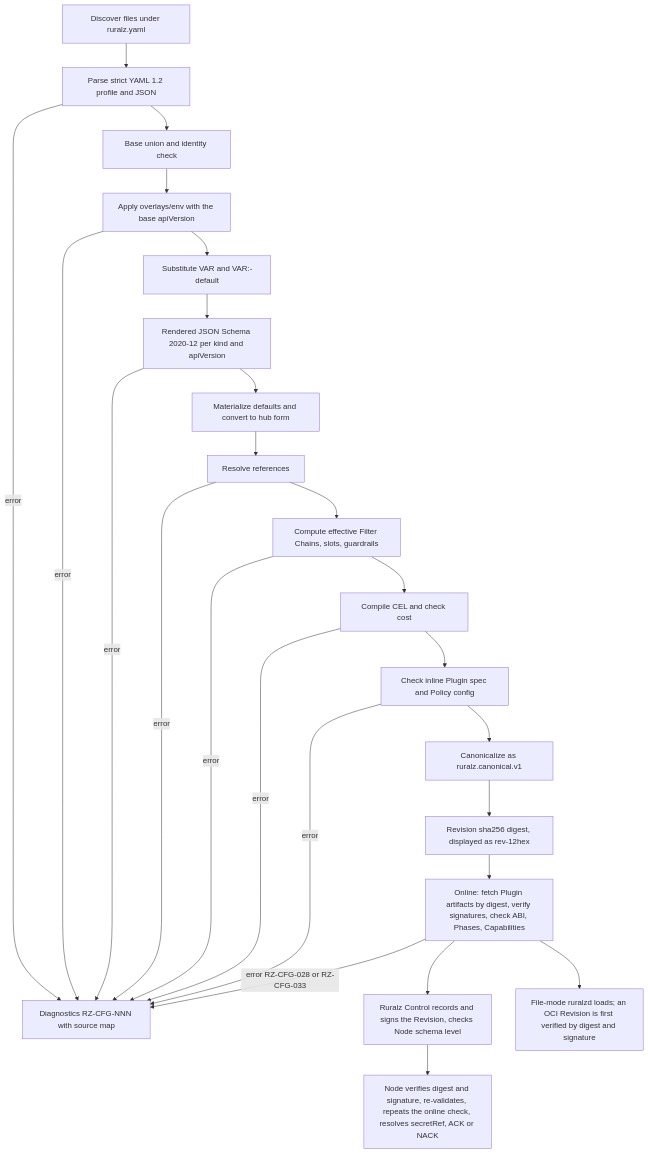
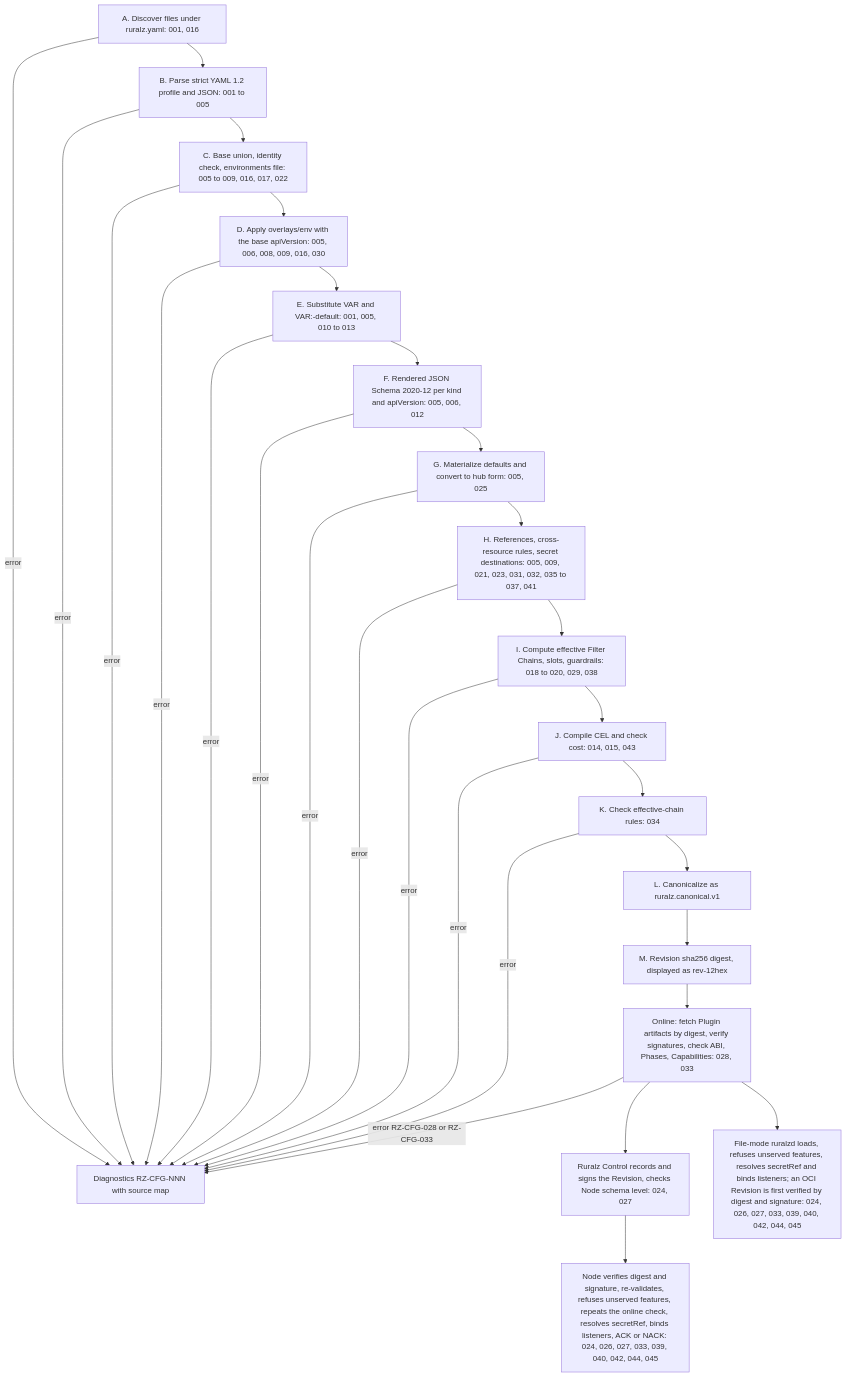
Before and after one commit to ravindu-rev/ruralz: the third of 3 diagrams in docs/architecture/02-configuration-model.md, drawn with Mermaid. The commit also changed other lines of this file and 5552 other files, not shown here.

````diff
--- a/docs/architecture/02-configuration-model.md
+++ b/docs/architecture/02-configuration-model.md
@@ -817,27 +889,31 @@
 ```mermaid
 flowchart TD
-    A["Discover files under ruralz.yaml"] --> B["Parse strict YAML 1.2 profile and JSON"]
-    B --> C["Base union and identity check"]
-    C --> D["Apply overlays/env with the base apiVersion"]
-    D --> E["Substitute VAR and VAR:-default"]
-    E --> F["Rendered JSON Schema 2020-12 per kind and apiVersion"]
-    F --> G["Materialize defaults and convert to hub form"]
-    G --> H["Resolve references"]
-    H --> I["Compute effective Filter Chains, slots, guardrails"]
-    I --> J["Compile CEL and check cost"]
-    J --> K["Check inline Plugin spec and Policy config"]
-    K --> L["Canonicalize as ruralz.canonical.v1"]
-    L --> M["Revision sha256 digest, displayed as rev-12hex"]
-    B -- error --> X["Diagnostics RZ-CFG-NNN with source map"]
+    A["A. Discover files under ruralz.yaml: 001, 016"] --> B["B. Parse strict YAML 1.2 profile and JSON: 001 to 005"]
+    B --> C["C. Base union, identity check, environments file: 005 to 009, 016, 017, 022"]
+    C --> D["D. Apply overlays/env with the base apiVersion: 005, 006, 008, 009, 016, 030"]
+    D --> E["E. Substitute VAR and VAR:-default: 001, 005, 010 to 013"]
+    E --> F["F. Rendered JSON Schema 2020-12 per kind and apiVersion: 005, 006, 012"]
+    F --> G["G. Materialize defaults and convert to hub form: 005, 025"]
+    G --> H["H. References, cross-resource rules, secret destinations: 005, 009, 021, 023, 031, 032, 035 to 037, 041"]
+    H --> I["I. Compute effective Filter Chains, slots, guardrails: 018 to 020, 029, 038"]
+    I --> J["J. Compile CEL and check cost: 014, 015, 043"]
+    J --> K["K. Check effective-chain rules: 034"]
+    K --> L["L. Canonicalize as ruralz.canonical.v1"]
+    L --> M["M. Revision sha256 digest, displayed as rev-12hex"]
+    A -- error --> X["Diagnostics RZ-CFG-NNN with source map"]
+    B -- error --> X
+    C -- error --> X
     D -- error --> X
+    E -- error --> X
     F -- error --> X
+    G -- error --> X
     H -- error --> X
     I -- error --> X
     J -- error --> X
     K -- error --> X
-    M --> Q["Online: fetch Plugin artifacts by digest, verify signatures, check ABI, Phases, Capabilities"]
+    M --> Q["Online: fetch Plugin artifacts by digest, verify signatures, check ABI, Phases, Capabilities: 028, 033"]
     Q -- "error RZ-CFG-028 or RZ-CFG-033" --> X
-    Q --> N["Ruralz Control records and signs the Revision, checks Node schema level"]
-    Q --> O["File-mode ruralzd loads; an OCI Revision is first verified by digest and signature"]
-    N --> P["Node verifies digest and signature, re-validates, repeats the online check, resolves secretRef, ACK or NACK"]
+    Q --> N["Ruralz Control records and signs the Revision, checks Node schema level: 024, 027"]
+    Q --> O["File-mode ruralzd loads, refuses unserved features, resolves secretRef and binds listeners; an OCI Revision is first verified by digest and signature: 024, 026, 027, 033, 039, 040, 042, 044, 045"]
+    N --> P["Node verifies digest and signature, re-validates, refuses unserved features, repeats the online check, resolves secretRef, binds listeners, ACK or NACK: 024, 026, 027, 033, 039, 040, 042, 044, 045"]
 ```
````
